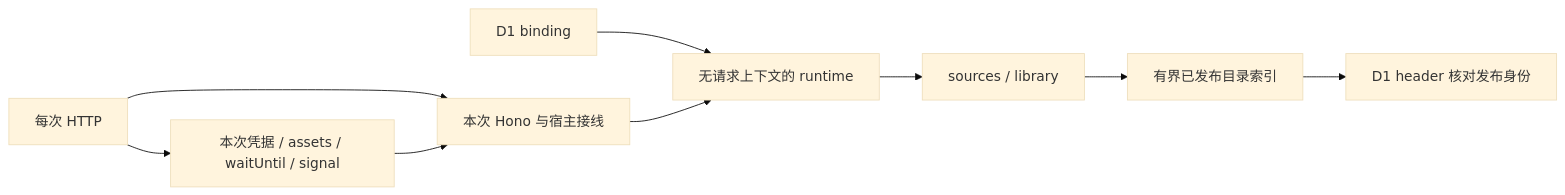
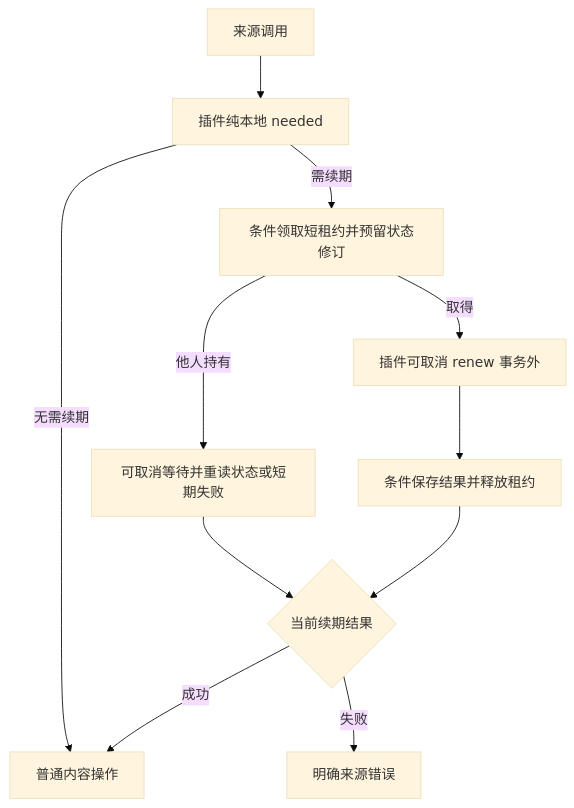
Before and after one commit to shengyusi-SYS/musicfs: the ninth of 13 diagrams in docs/architecture/diagrams.md, drawn with Mermaid (base theme). The commit also changed other lines of this file and 23 other files, not shown here.

Commit message:
docs: consolidate MusicFS architecture and reusable lessons

````diff
--- a/docs/architecture/diagrams.md
+++ b/docs/architecture/diagrams.md
@@ -401,11 +228,13 @@
 ```mermaid
-flowchart LR
-  Binding[D1 binding] --> Runtime[无请求上下文的 runtime]
-  Runtime --> Core[sources / library]
-  Core --> Views[有界已发布目录索引]
-  Request[每次 HTTP] --> Service[本次 Hono 与宿主接线]
-  Service --> Runtime
-  Request --> Context[本次凭据 / assets / waitUntil / signal]
-  Context --> Service
-  Views --> Header[D1 header 核对发布身份]
+flowchart TD
+  Request[来源调用] --> Needed[插件纯本地 needed]
+  Needed -->|无需续期| Content[普通内容操作]
+  Needed -->|需续期| Lease[条件领取短租约并预留状态修订]
+  Lease -->|他人持有| Wait[可取消等待并重读状态或短期失败]
+  Lease -->|取得| Renew[插件可取消 renew 事务外]
+  Renew --> Save[条件保存结果并释放租约]
+  Wait --> Result{当前续期结果}
+  Save --> Result
+  Result -->|成功| Content
+  Result -->|失败| Error[明确来源错误]
 ```
````
